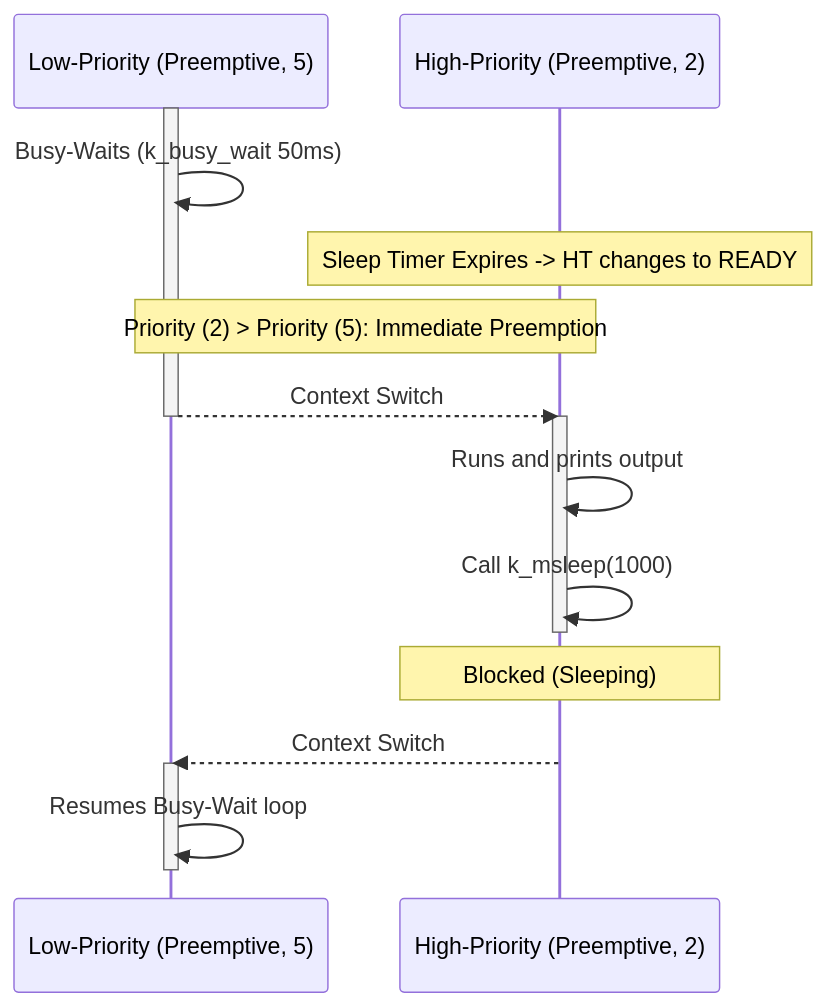
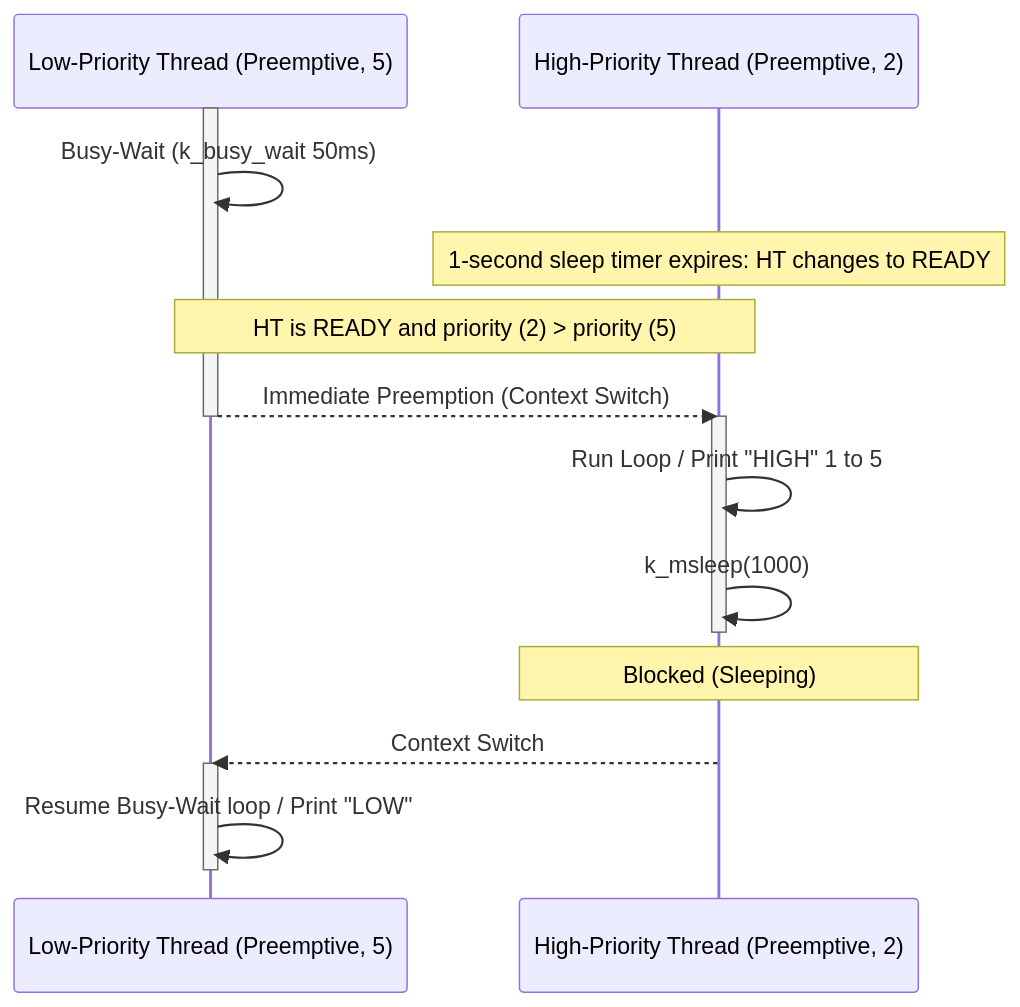
The second of 2 diagrams in README.md (PriyaSelvakumar123/zephyr-rtos-projects), drawn with Mermaid before and after one commit. The commit also changed other lines of this file, not shown here.

````diff
--- a/README.md
+++ b/README.md
@@ -133,20 +141,20 @@
 ```mermaid
 sequenceDiagram
-    participant LT as Low-Priority (Preemptive, 5)
-    participant HT as High-Priority (Preemptive, 2)
+    participant LT as Low-Priority Thread (Preemptive, 5)
+    participant HT as High-Priority Thread (Preemptive, 2)
     activate LT
-    LT->>LT: Busy-Waits (k_busy_wait 50ms)
-    Note over HT: Sleep Timer Expires -> HT changes to READY
-    Note over LT,HT: Priority (2) > Priority (5): Immediate Preemption
-    LT-->>HT: Context Switch
+    LT->>LT: Busy-Wait (k_busy_wait 50ms)
+    Note over HT: 1-second sleep timer expires: HT changes to READY
+    Note over LT,HT: HT is READY and priority (2) > priority (5)
+    LT-->>HT: Immediate Preemption (Context Switch)
     deactivate LT
     activate HT
-    HT->>HT: Runs and prints output
-    HT->>HT: Call k_msleep(1000)
+    HT->>HT: Run Loop / Print "HIGH" 1 to 5
+    HT->>HT: k_msleep(1000)
     deactivate HT
     Note over HT: Blocked (Sleeping)
     HT-->>LT: Context Switch
     activate LT
-    LT->>LT: Resumes Busy-Wait loop
+    LT->>LT: Resume Busy-Wait loop / Print "LOW"
     deactivate LT
 ```
````
